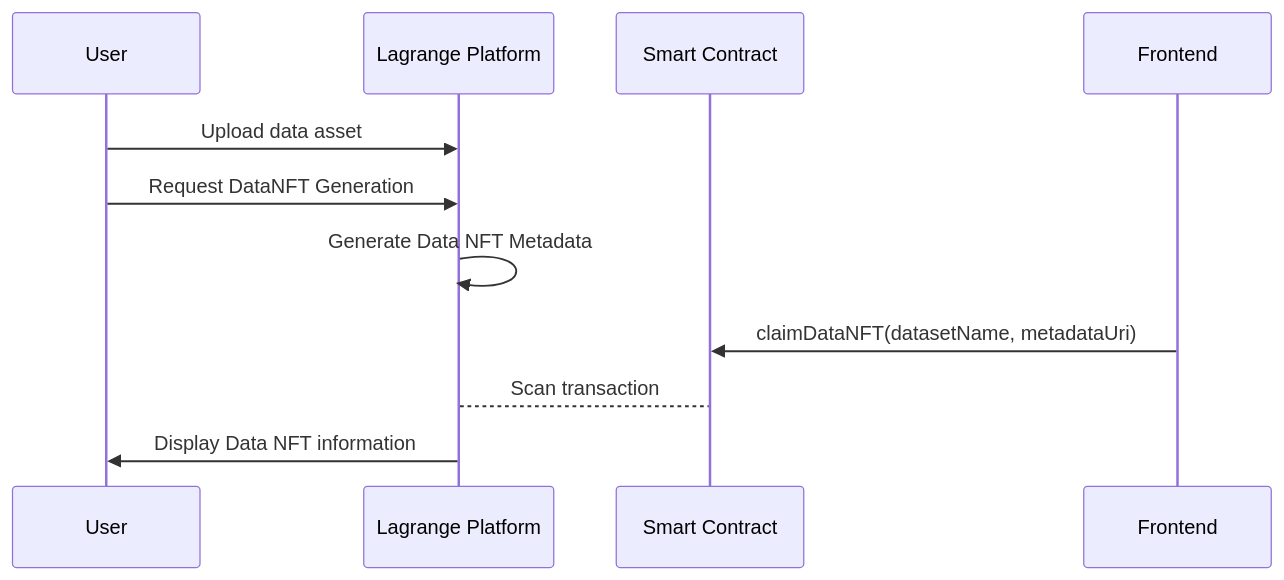
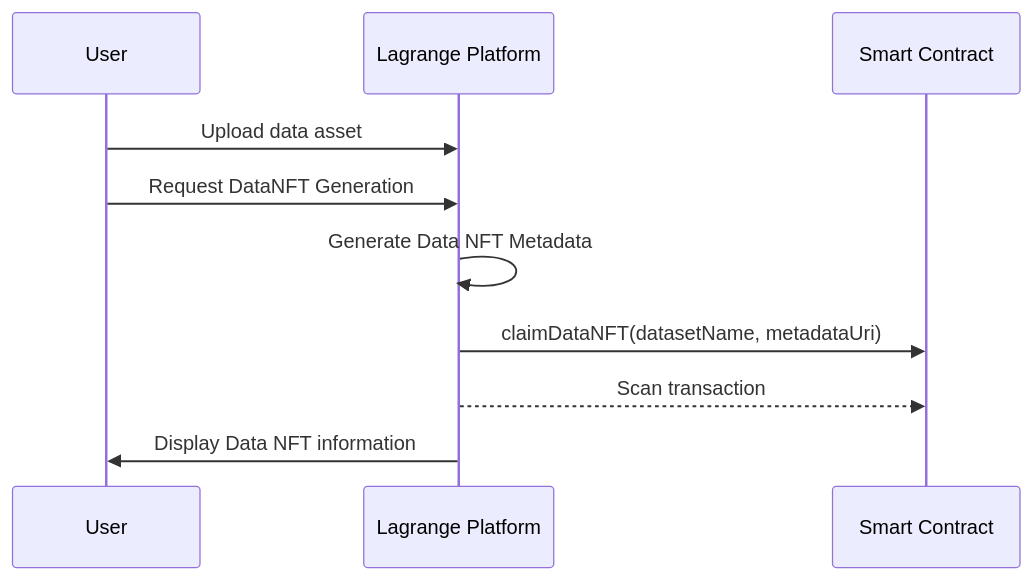
The diagram in README.md (lagrangedao/datanft), drawn with Mermaid before and after one commit.

Commit message:
combine frontend backend in flowchart

````diff
--- a/README.md
+++ b/README.md
@@ -26,12 +26,12 @@
 ```mermaid
 sequenceDiagram;
   participant User
   participant Lagrange Platform
   participant Smart Contract
     User->>Lagrange Platform: Upload data asset;
     User->>Lagrange Platform: Request DataNFT Generation
     Lagrange Platform->>Lagrange Platform: Generate Data NFT Metadata
-    Frontend->>Smart Contract: claimDataNFT(datasetName, metadataUri)
-    Lagrange Platform-->Smart Contract: Scan transaction
+    Lagrange Platform->>Smart Contract: claimDataNFT(datasetName, metadataUri)
+    Lagrange Platform-->>Smart Contract: Scan transaction
     Lagrange Platform->>User: Display Data NFT information
 ```
````
